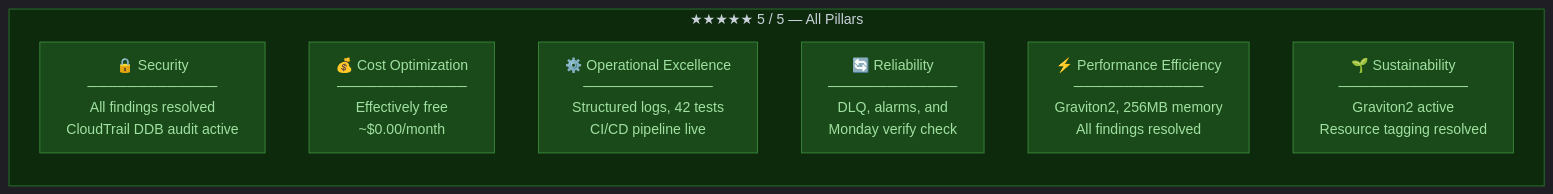
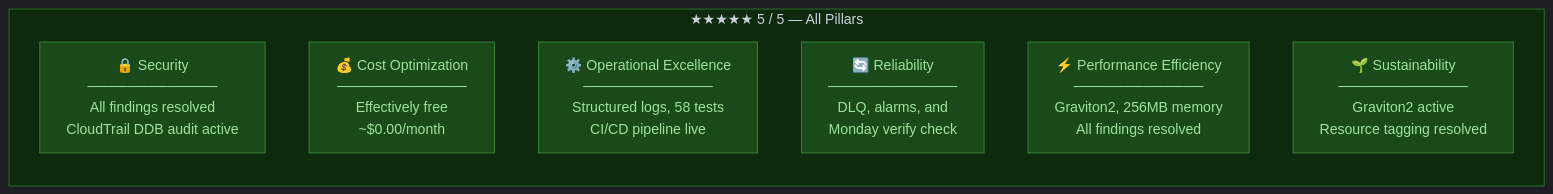
Before and after one commit to baldrickuk/washingmachine-notifications: the first of 5 diagrams in docs/well-architected-review.md, drawn with Mermaid. The commit also changed other lines of this file and 13 other files, not shown here.

````diff
--- a/docs/well-architected-review.md
+++ b/docs/well-architected-review.md
@@ -13,21 +13,21 @@
 ```mermaid
 %%{init: {'theme': 'dark', 'themeVariables': {'primaryColor': '#1e3a5f', 'primaryTextColor': '#c9d1d9', 'primaryBorderColor': '#4a7ab5', 'lineColor': '#58a6ff', 'clusterBkg': '#0d1117', 'clusterBorder': '#30363d'}}}%%
 
 flowchart LR
     subgraph t5 ["★★★★★  5 / 5 — All Pillars"]
         SEC["🔒 Security\n─────────────\nAll findings resolved\nCloudTrail DDB audit active"]
         COST["💰 Cost Optimization\n─────────────\nEffectively free\n~$0.00/month"]
-        OPS["⚙️ Operational Excellence\n─────────────\nStructured logs, 42 tests\nCI/CD pipeline live"]
+        OPS["⚙️ Operational Excellence\n─────────────\nStructured logs, 58 tests\nCI/CD pipeline live"]
         REL["🔄 Reliability\n─────────────\nDLQ, alarms, and\nMonday verify check"]
         PERF["⚡ Performance Efficiency\n─────────────\nGraviton2, 256MB memory\nAll findings resolved"]
         SUS["🌱 Sustainability\n─────────────\nGraviton2 active\nResource tagging resolved"]
     end
 
     style t5  fill:#0d2a0d,stroke:#2a7a2a,color:#c9d1d9
     style SEC  fill:#1a4a1a,stroke:#3a8a3a,color:#a0e0a0
     style COST fill:#1a4a1a,stroke:#3a8a3a,color:#a0e0a0
     style OPS  fill:#1a4a1a,stroke:#3a8a3a,color:#a0e0a0
     style REL  fill:#1a4a1a,stroke:#3a8a3a,color:#a0e0a0
     style PERF fill:#1a4a1a,stroke:#3a8a3a,color:#a0e0a0
     style SUS  fill:#1a4a1a,stroke:#3a8a3a,color:#a0e0a0
 ```
````
